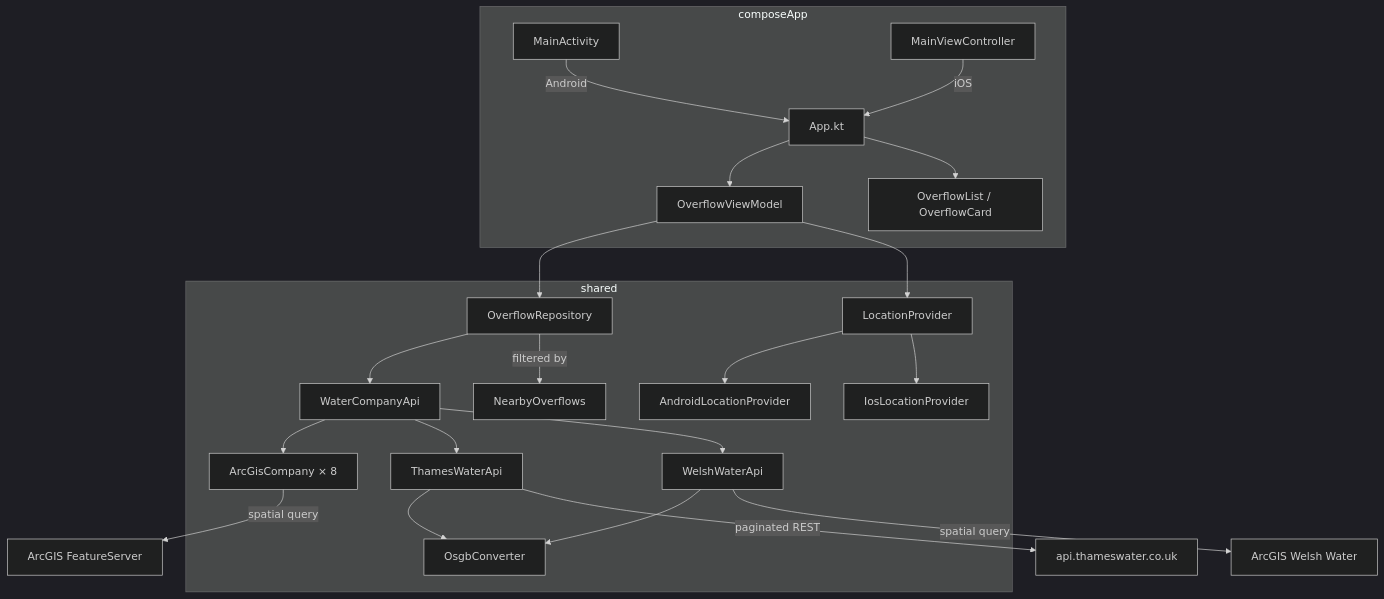
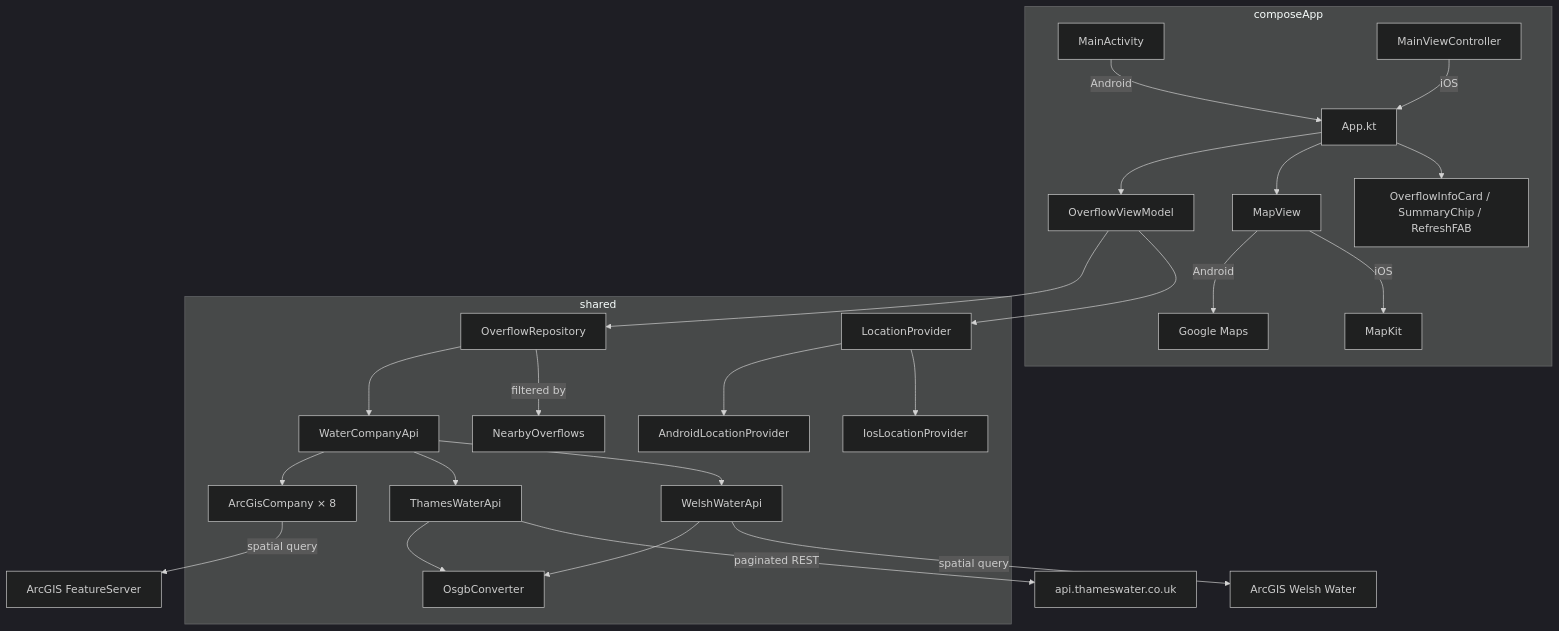
The first of 2 diagrams in README.md (DanielChicot/turd-alert), drawn with Mermaid (dark theme) before and after one commit. The commit also changed other lines of this file, not shown here.

Commit message:
Update README to reflect map UI replacing list UI

````diff
--- a/README.md
+++ b/README.md
@@ -9,27 +9,30 @@
 ```mermaid
 graph TD
     subgraph composeApp
         App[App.kt] --> VM[OverflowViewModel]
-        App --> UI[OverflowList / OverflowCard]
+        App --> MV[MapView]
+        App --> UI[OverflowInfoCard / SummaryChip / RefreshFAB]
         MA[MainActivity] -->|Android| App
         MVC[MainViewController] -->|iOS| App
+        MV -->|Android| GMV[Google Maps]
+        MV -->|iOS| MKV[MapKit]
     end
 
     subgraph shared
         VM --> Repo[OverflowRepository]
         VM --> LP[LocationProvider]
         Repo --> WCA[WaterCompanyApi]
         WCA --> AG[ArcGisCompany × 8]
         WCA --> TW[ThamesWaterApi]
         WCA --> WW[WelshWaterApi]
         TW --> OSGB[OsgbConverter]
         WW --> OSGB
         Repo -->|filtered by| NB[NearbyOverflows]
         LP --> ALP[AndroidLocationProvider]
         LP --> ILP[IosLocationProvider]
     end
 
     AG -->|spatial query| ArcGIS[ArcGIS FeatureServer]
     TW -->|paginated REST| Thames[api.thameswater.co.uk]
     WW -->|spatial query| Welsh[ArcGIS Welsh Water]
 ```
````
